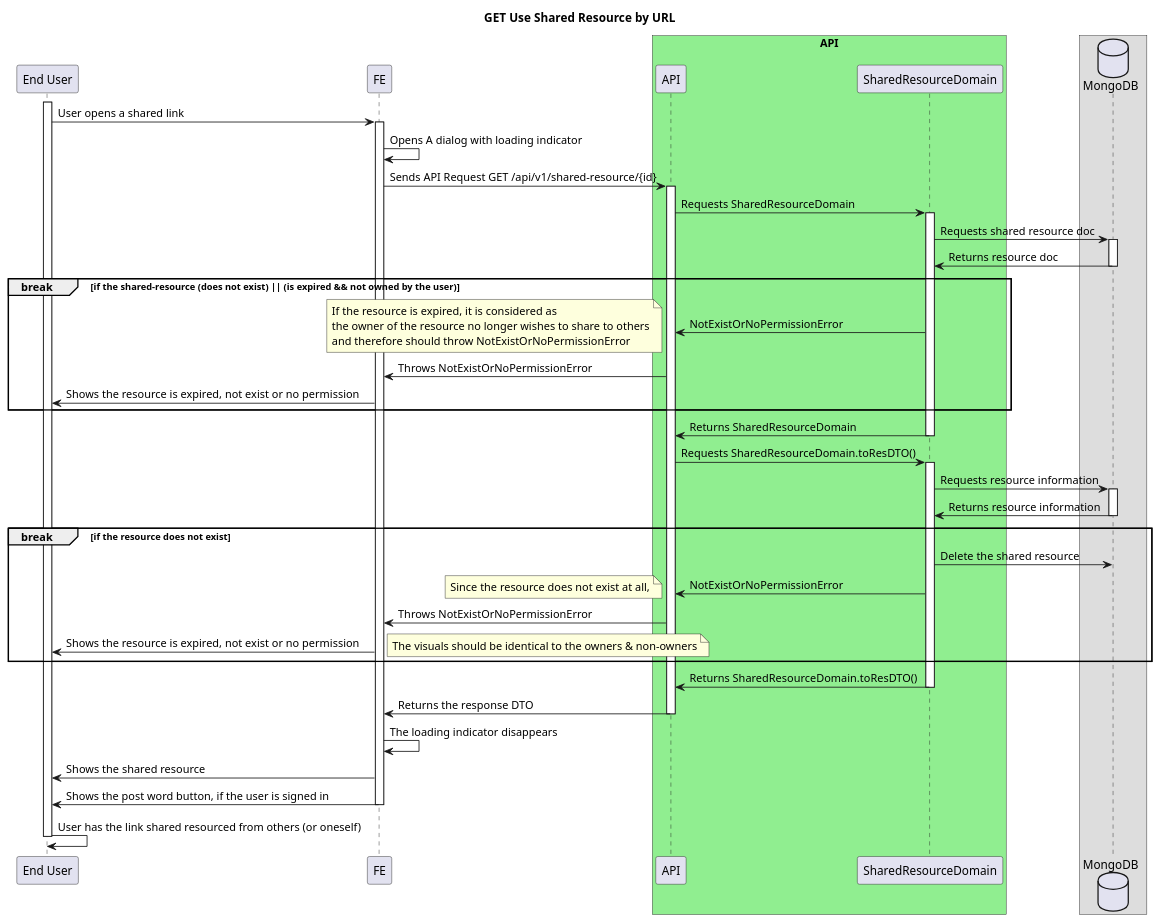
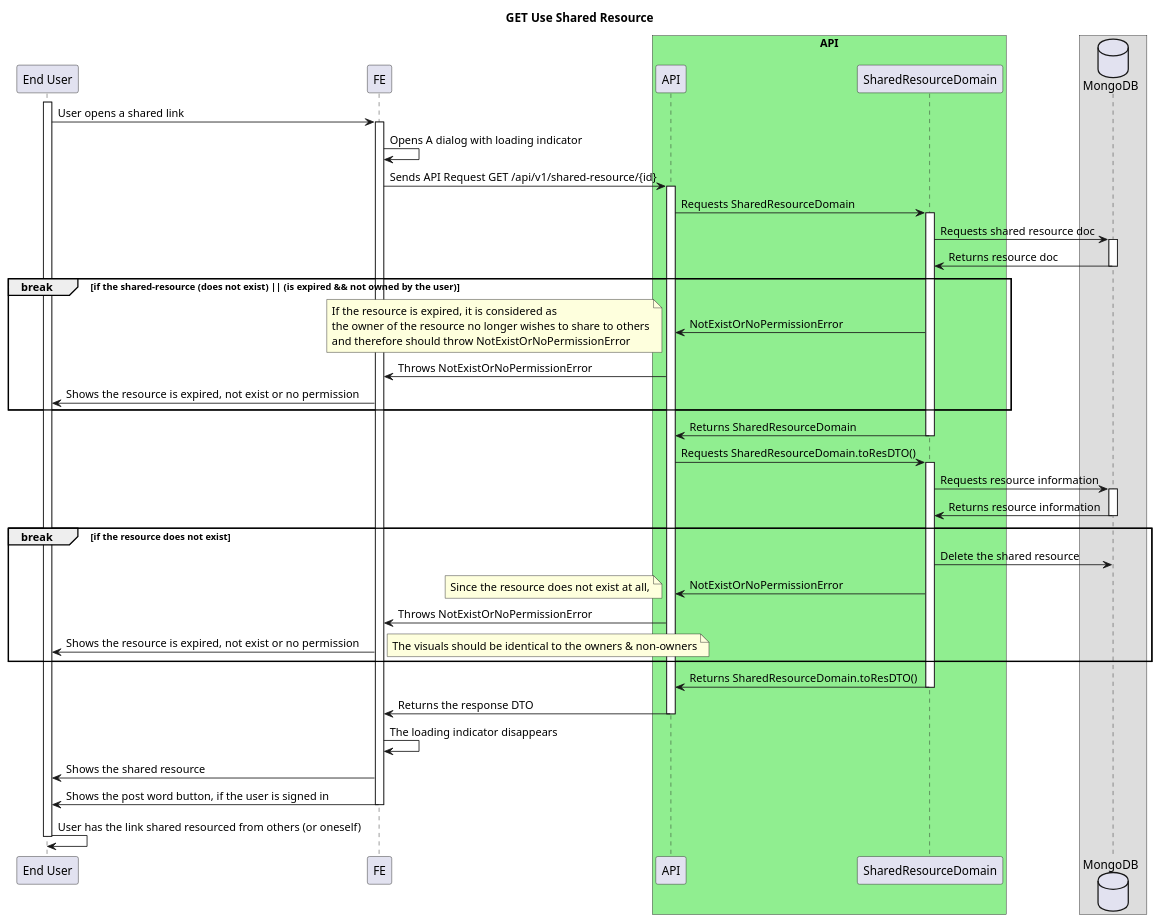
The diagram in dev/diagrams/on-get-shared-resource-by-url.md (ajktown/docs), drawn with PlantUML before and after one commit. The commit also changed other lines of this file, not shown here.

Commit message:
doc: GetSharedResourcesQueryDTO

````diff
--- a/dev/diagrams/on-get-shared-resource-by-url.md
+++ b/dev/diagrams/on-get-shared-resource-by-url.md
@@ -22,69 +47,69 @@
 ```plantuml
 
 @startuml
 
-title GET Use Shared Resource by URL
+title GET Use Shared Resource
 
 participant "End User" as user
 participant "FE" as fe
 box "API" #Lightgreen
   participant "API" as api
   participant "SharedResourceDomain" as domain
 box
 database "MongoDB" as db
 
 activate user
   user -> fe: User opens a shared link
   activate fe
     fe -> fe: Opens A dialog with loading indicator
     fe -> api: Sends API Request GET /api/v1/shared-resource/{id}
     activate api
       api -> domain: Requests SharedResourceDomain
       activate domain
         domain -> db: Requests shared resource doc
         activate db
           domain <- db: Returns resource doc
         deactivate db
         break if the shared-resource (does not exist) || (is expired && not owned by the user)
           api <- domain: NotExistOrNoPermissionError
           note left
             If the resource is expired, it is considered as
             the owner of the resource no longer wishes to share to others
             and therefore should throw NotExistOrNoPermissionError
           end note
           fe <- api: Throws NotExistOrNoPermissionError
           user <- fe : Shows the resource is expired, not exist or no permission
         end break
         api <- domain: Returns SharedResourceDomain
         deactivate domain
         api -> domain: Requests SharedResourceDomain.toResDTO()
           activate domain
             domain -> db: Requests resource information
             activate db
               domain <- db: Returns resource information
             deactivate db
             break if the resource does not exist
               domain -> db: Delete the shared resource
               api <- domain: NotExistOrNoPermissionError
               note left
                 Since the resource does not exist at all,
               end note
               fe <- api: Throws NotExistOrNoPermissionError
               user <- fe : Shows the resource is expired, not exist or no permission
               note right
                 The visuals should be identical to the owners & non-owners
               end note
             end break
             api <- domain: Returns SharedResourceDomain.toResDTO()
           deactivate domain
         fe <- api: Returns the response DTO
     deactivate api
   fe -> fe: The loading indicator disappears
   user <- fe: Shows the shared resource
   user <- fe: Shows the post word button, if the user is signed in
   deactivate fe
   user -> user: User has the link shared resourced from others (or oneself)
 deactivate user
 
 
 ```
````
